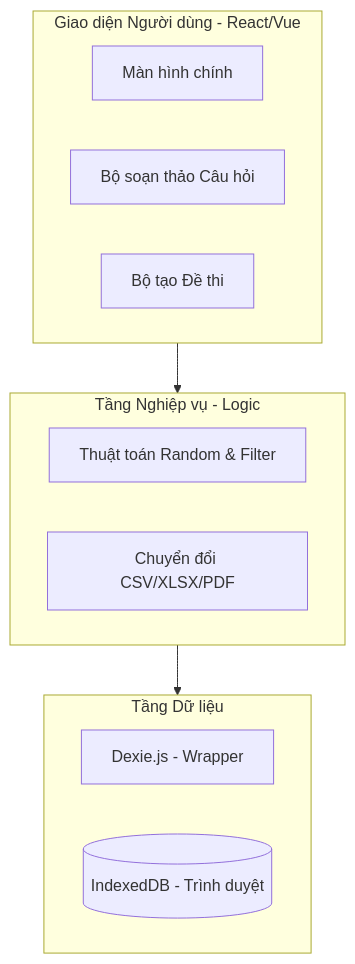
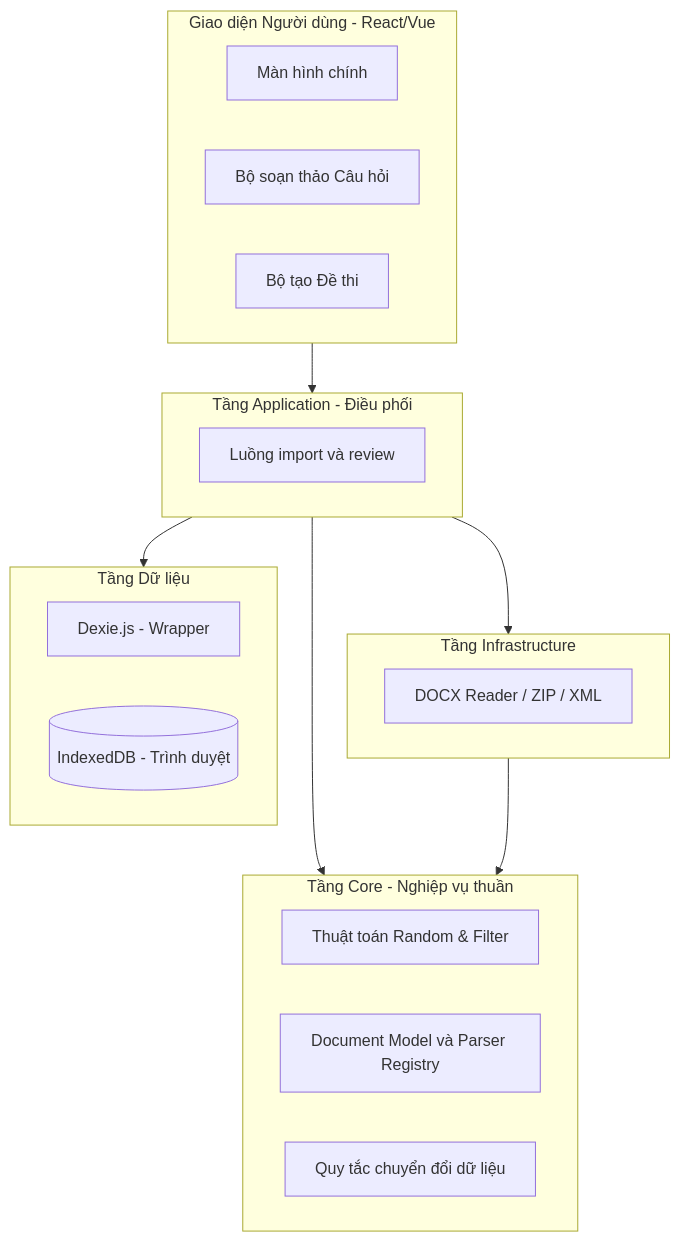
The first of 4 diagrams in docs/design-doc.md (DucMinh2211/exam-helper), drawn with Mermaid before and after one commit. The commit also changed other lines of this file and 13 other files, not shown here.

Commit message:
feat: add extensible DOCX question parser

````diff
--- a/docs/design-doc.md
+++ b/docs/design-doc.md
@@ -31,21 +45,33 @@
 ```mermaid
 graph TD
     subgraph UI_Layer["Giao diện Người dùng - React/Vue"]
         Dashboard[Màn hình chính]
         Editor[Bộ soạn thảo Câu hỏi]
         ExamGen[Bộ tạo Đề thi]
     end
 
-    subgraph Service_Layer[Tầng Nghiệp vụ - Logic]
+    subgraph Application_Layer[Tầng Application - Điều phối]
+        ImportFlow[Luồng import và review]
+    end
+
+    subgraph Core_Layer[Tầng Core - Nghiệp vụ thuần]
         Algo[Thuật toán Random & Filter]
-        Converter[Chuyển đổi CSV/XLSX/PDF]
+        Parser[Document Model và Parser Registry]
+        Converter[Quy tắc chuyển đổi dữ liệu]
+    end
+
+    subgraph Infrastructure_Layer[Tầng Infrastructure]
+        DocxReader[DOCX Reader / ZIP / XML]
     end
 
     subgraph Storage_Layer[Tầng Dữ liệu]
         Dexie[Dexie.js - Wrapper]
         DB[(IndexedDB - Trình duyệt)]
     end
 
-    UI_Layer --> Service_Layer
-    Service_Layer --> Storage_Layer
+    UI_Layer --> Application_Layer
+    Application_Layer --> Core_Layer
+    Application_Layer --> Infrastructure_Layer
+    Application_Layer --> Storage_Layer
+    Infrastructure_Layer --> Core_Layer
 ```
````
